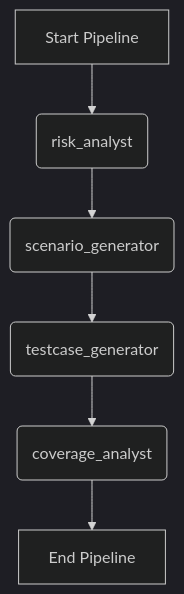
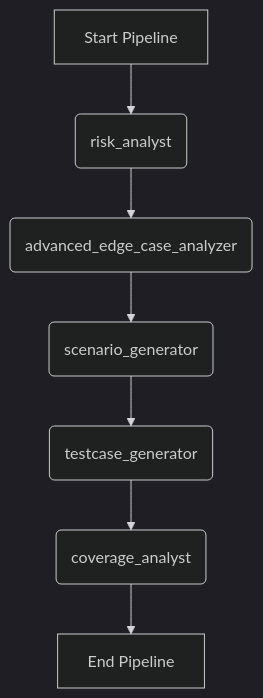
One commit to naulmai/qa-auto-kit changed the diagram in workflows/03_QA_Test_Engineering.md. Above: the diagram before and after it, drawn with Mermaid (dark theme). The commit also changed other lines of this file and 31 other files, not shown here.

````diff
--- a/workflows/03_QA_Test_Engineering.md
+++ b/workflows/03_QA_Test_Engineering.md
@@ -12,8 +12,9 @@
 ```mermaid
 graph TD
     A[Start Pipeline] --> B(risk_analyst)
-    B --> C(scenario_generator)
-    C --> D(testcase_generator)
-    D --> E(coverage_analyst)
-    E --> F[End Pipeline]
+    B --> C(advanced_edge_case_analyzer)
+    C --> D(scenario_generator)
+    D --> E(testcase_generator)
+    E --> F(coverage_analyst)
+    F --> G[End Pipeline]
 ```
````
